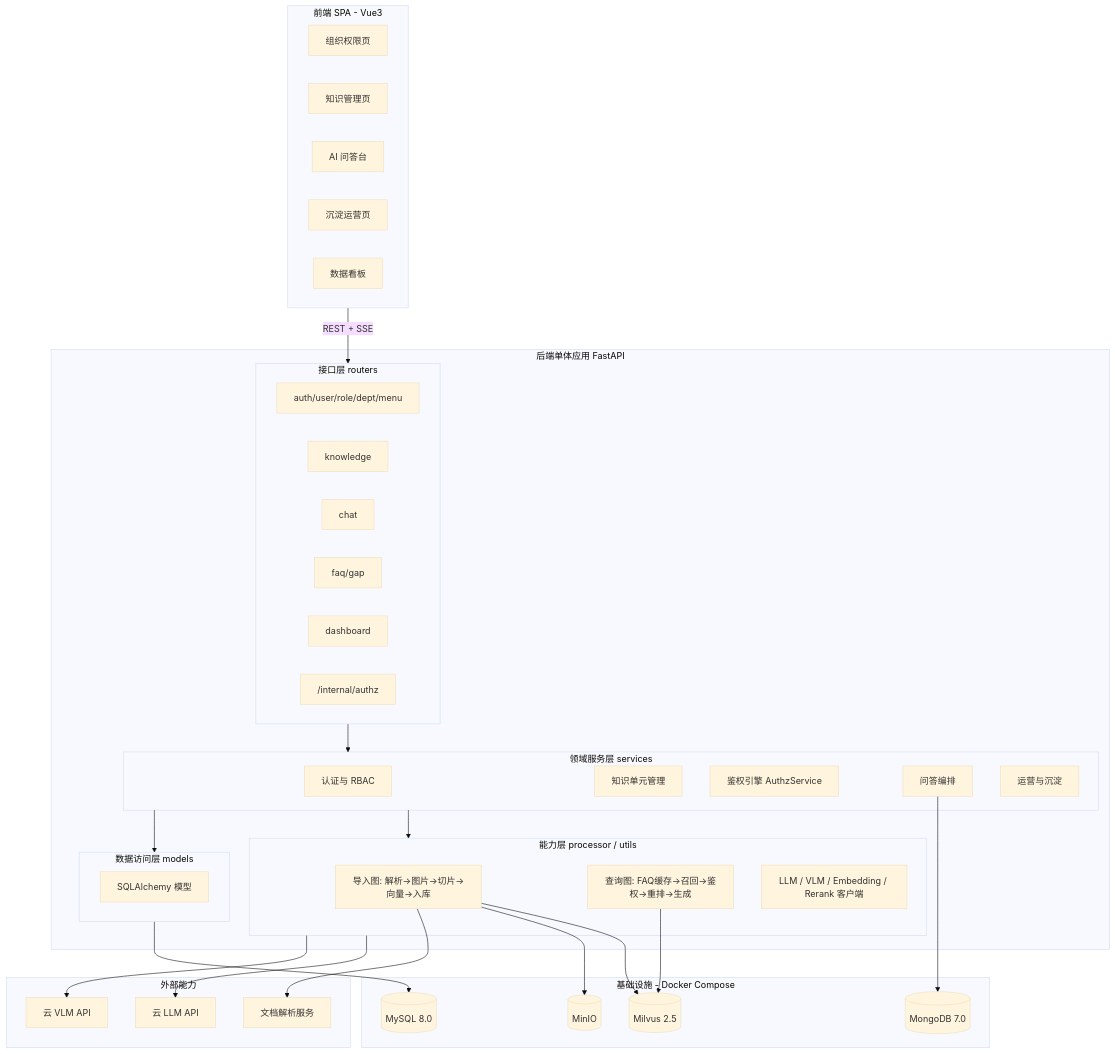
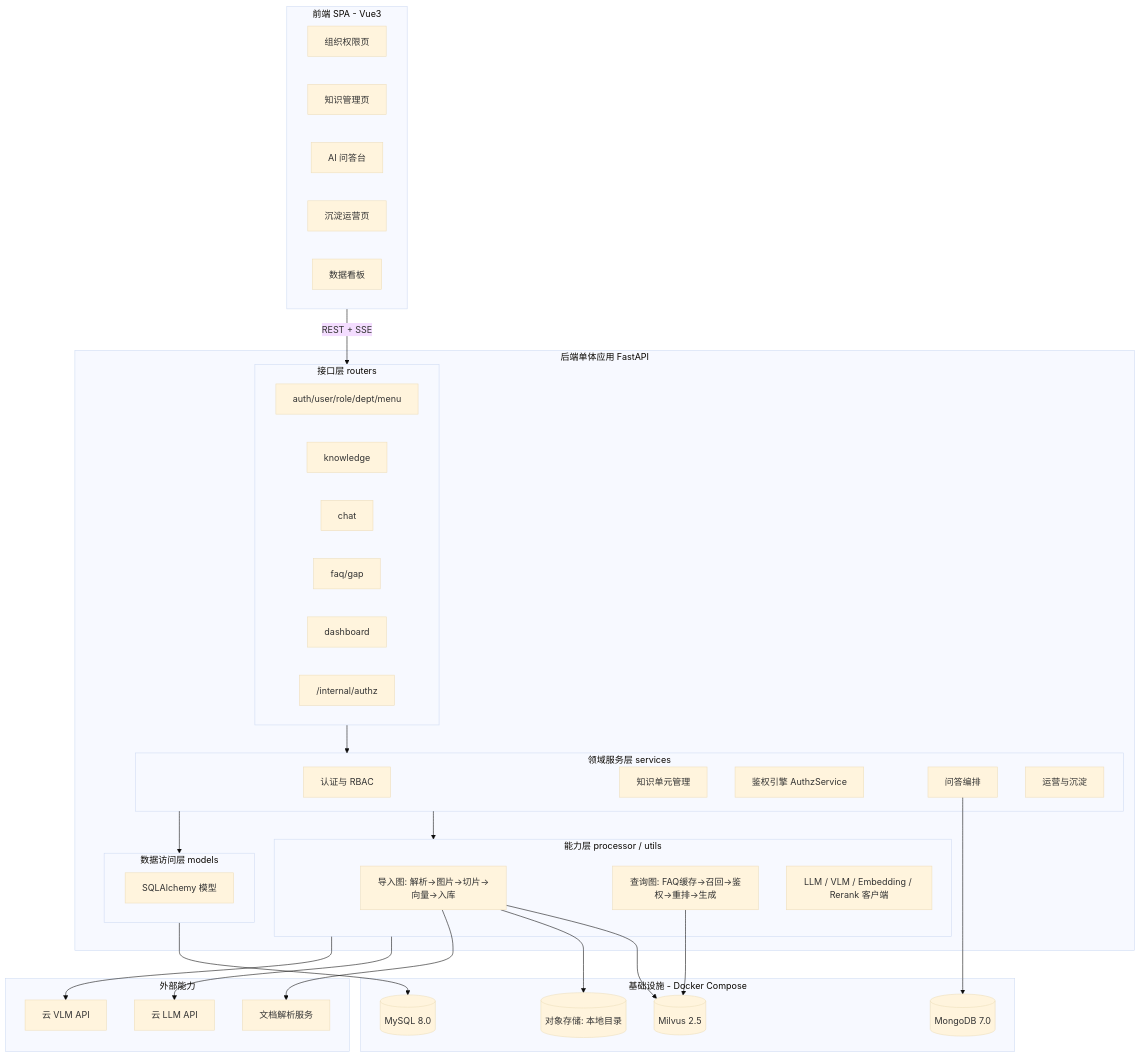
The first of 7 diagrams in docs/知识库管理平台技术设计规格SPEC.md (Caro136/knowledge_base_platform), drawn with Mermaid (base theme) before and after one commit. The commit also changed other lines of this file and 32 other files, not shown here.

````diff
--- a/docs/知识库管理平台技术设计规格SPEC.md
+++ b/docs/知识库管理平台技术设计规格SPEC.md
@@ -38,62 +38,62 @@
 ```mermaid
 flowchart TB
   subgraph FE[前端 SPA - Vue3]
     F1[组织权限页] 
     F2[知识管理页]
     F3[AI 问答台]
     F4[沉淀运营页]
     F5[数据看板]
   end
 
   subgraph APP[后端单体应用 FastAPI]
     subgraph API[接口层 routers]
       R1[auth/user/role/dept/menu]
       R2[knowledge]
       R3[chat]
       R4[faq/gap]
       R5[dashboard]
       R6["/internal/authz"]
     end
     subgraph SVC[领域服务层 services]
       S1[认证与 RBAC]
       S2[知识单元管理]
       S3[鉴权引擎 AuthzService]
       S4[问答编排]
       S5[运营与沉淀]
     end
     subgraph PROC[能力层 processor / utils]
       P1["导入图: 解析→图片→切片→向量→入库"]
       P2["查询图: FAQ缓存→召回→鉴权→重排→生成"]
       P3[LLM / VLM / Embedding / Rerank 客户端]
     end
     subgraph DAL[数据访问层 models]
       D1[SQLAlchemy 模型]
     end
   end
 
   subgraph INFRA[基础设施 - Docker Compose]
     DB[(MySQL 8.0)]
     VDB[(Milvus 2.5)]
     MDB[(MongoDB 7.0)]
-    OSS[(MinIO)]
+    OSS[(对象存储: 本地目录)]
   end
 
   subgraph EXT[外部能力]
     LLM[云 LLM API]
     VLM[云 VLM API]
     DOCP[文档解析服务]
   end
 
   FE -->|REST + SSE| API
   API --> SVC
   SVC --> PROC
   SVC --> DAL
   DAL --> DB
   P2 --> VDB
   P1 --> VDB
   S4 --> MDB
   P1 --> OSS
   PROC --> LLM
   PROC --> VLM
   P1 --> DOCP
 ```
````
